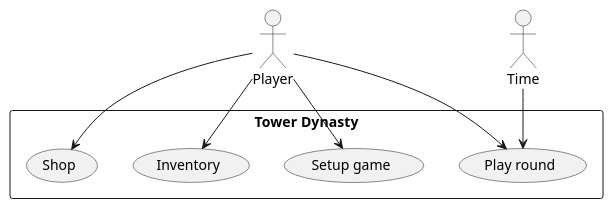
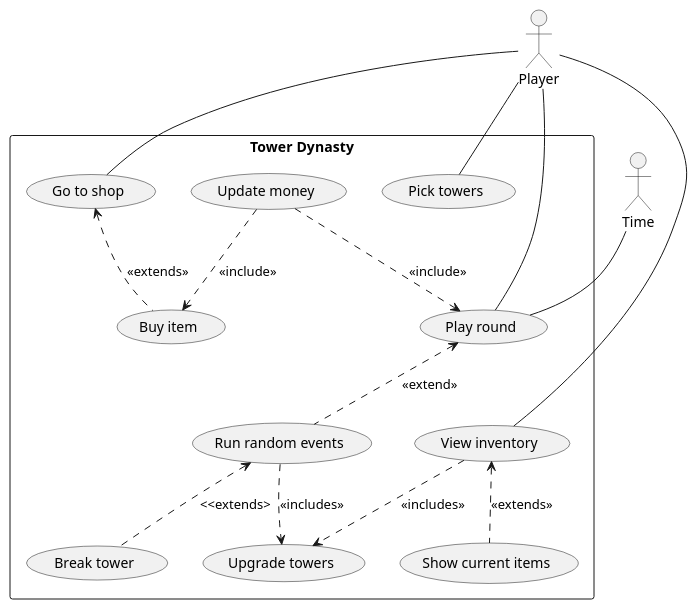
One commit to Fudgeey/uc-seng201-project changed the diagram in uml/usecase.puml. Above: the diagram before and after it, drawn with PlantUML. The commit also changed 2 other files, not shown here.

```diff
--- a/uml/usecase.puml
+++ b/uml/usecase.puml
@@ -1,20 +1,33 @@
 @startuml
-'https://plantuml.com/use-case-diagram
-
 actor "Player" as A1
 actor "Time" as A2
 
 rectangle "Tower Dynasty" {
-    usecase "Setup game" as UC1
-    usecase "Play round" as UC2
-    usecase "Shop" as UC3
-    usecase "Inventory" as UC4
+    usecase "Play round" as UC1
+    usecase "Show current items" as UC2
+    usecase "View inventory" as UC3
+    usecase "Buy item" as UC4
+    usecase "Break tower" as UC5
+    usecase "Pick towers" as UC6
+    usecase "Upgrade towers" as UC7
+    usecase "Go to shop" as UC8
+    usecase "Update money" as UC9
+    usecase "Run random events" as UC10
 }
 
-A1 --> UC1
-A1 --> UC2
-A1 --> UC3
-A1 --> UC4
+A1 -- UC1
+A1 -- UC3
+A1 -- UC6
+A1 -- UC8
 
-A2 --> UC2
+A2 -- UC1
+
+UC3 <.. UC2: <<extends>>
+UC3 ..> UC7: <<includes>>
+UC10 ..> UC7: <<includes>>
+UC10 <.. UC5: <<extends>
+UC8 <.. UC4: <<extends>>
+UC9 ..> UC4: <<include>>
+UC9 ..> UC1: <<include>>
+UC1 <.. UC10: <<extend>>
 @enduml
```
